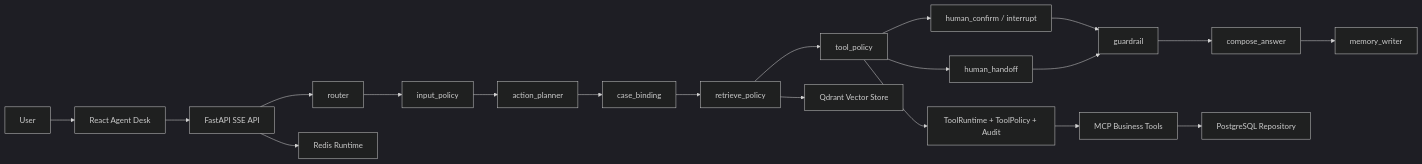
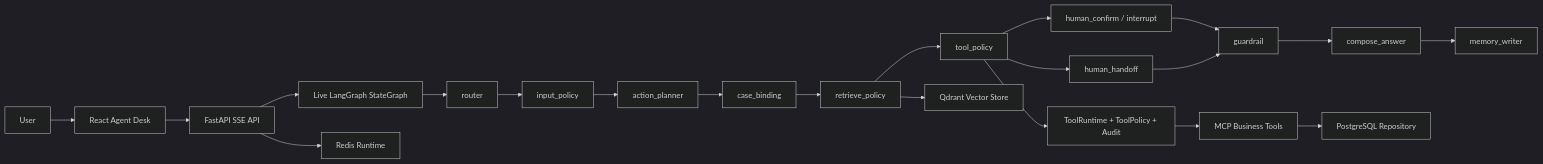
The diagram in docs/architecture.md (nguxw/smart_cs), drawn with Mermaid (dark theme) before and after one commit. The commit also changed other lines of this file and 38 other files, not shown here.

Commit message:
Enable live LangGraph runtime and harden governance

````diff
--- a/docs/architecture.md
+++ b/docs/architecture.md
@@ -5,22 +5,23 @@
 ```mermaid
 flowchart LR
   U["User"] --> FE["React Agent Desk"]
   FE --> API["FastAPI SSE API"]
-  API --> R["router"]
+  API --> LG["Live LangGraph StateGraph"]
+  LG --> R["router"]
   R --> P["input_policy"]
   P --> AP["action_planner"]
   AP --> C["case_binding"]
   C --> K["retrieve_policy"]
   K --> O["tool_policy"]
   O --> H["human_confirm / interrupt"]
   O --> T["human_handoff"]
   H --> G["guardrail"]
   T --> G
   G --> CA["compose_answer"]
   CA --> M["memory_writer"]
   K --> Q["Qdrant Vector Store"]
   O --> TR["ToolRuntime + ToolPolicy + Audit"]
   TR --> MCP["MCP Business Tools"]
   MCP --> DB["PostgreSQL Repository"]
   API --> RDS["Redis Runtime"]
 ```
````
